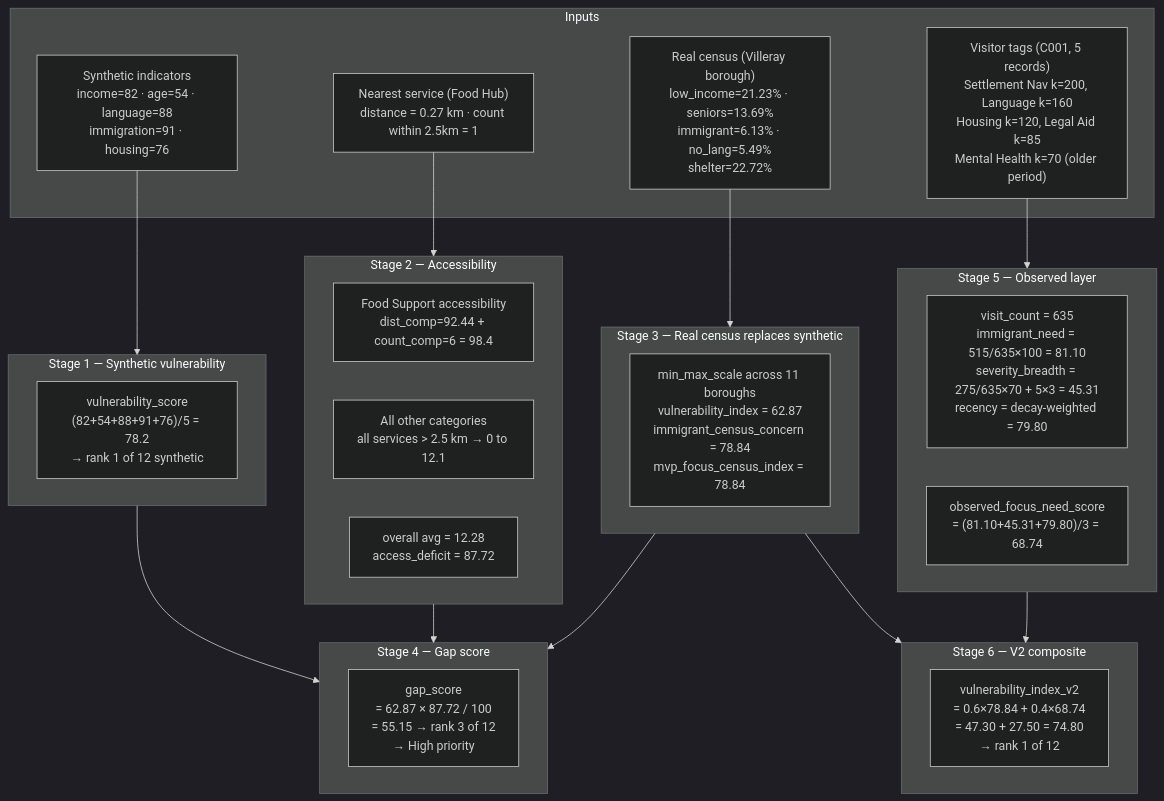
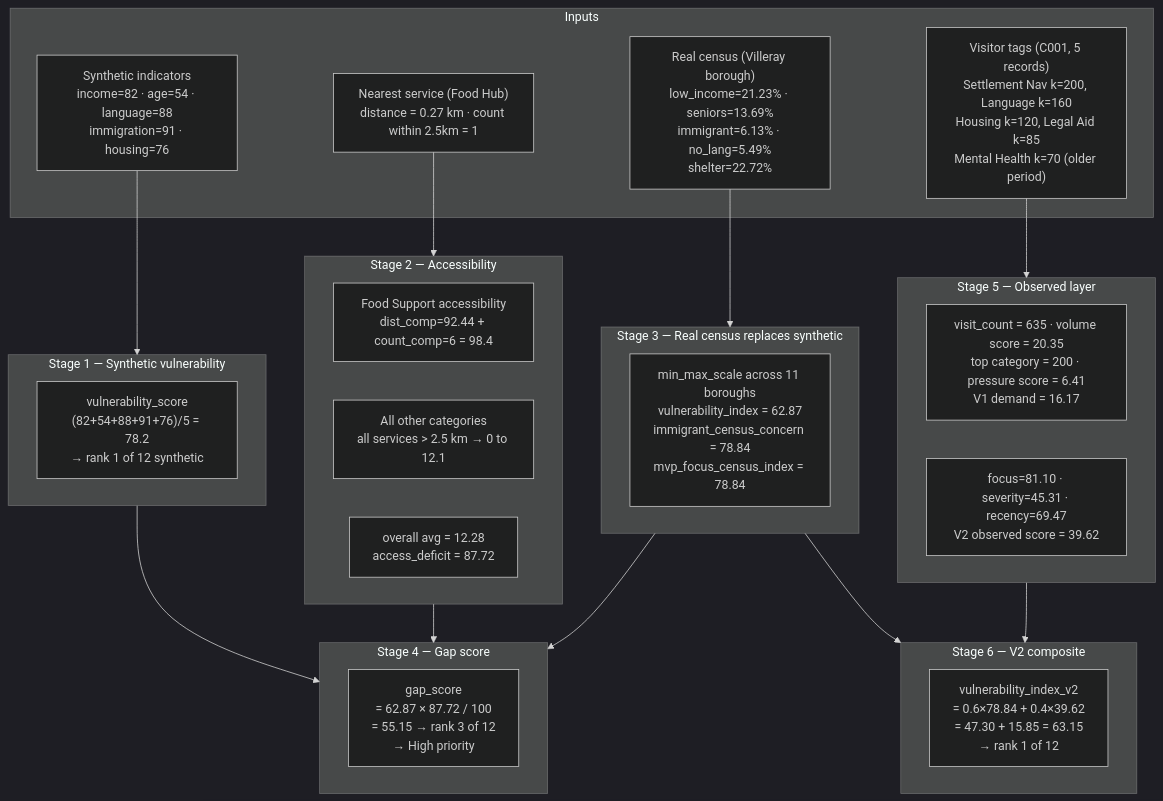
Before and after one commit to frondyff/comm_need_radar: the eighth of 8 diagrams in docs/scoring-metrics-guide.md, drawn with Mermaid (dark theme). The commit also changed other lines of this file and 13 other files, not shown here.

````diff
--- a/docs/scoring-metrics-guide.md
+++ b/docs/scoring-metrics-guide.md
@@ -443,46 +462,46 @@
 ```mermaid
 flowchart TD
     subgraph INPUT["Inputs"]
         IND["Synthetic indicators\nincome=82 · age=54 · language=88\nimmigration=91 · housing=76"]
         CEN["Real census (Villeray borough)\nlow_income=21.23% · seniors=13.69%\nimmigrant=6.13% · no_lang=5.49%\nshelter=22.72%"]
         SVC["Nearest service (Food Hub)\ndistance = 0.27 km · count within 2.5km = 1"]
         VIS["Visitor tags (C001, 5 records)\nSettlement Nav k=200, Language k=160\nHousing k=120, Legal Aid k=85\nMental Health k=70 (older period)"]
     end
 
     subgraph STAGE1["Stage 1 — Synthetic vulnerability"]
         VS1["vulnerability_score\n(82+54+88+91+76)/5 = 78.2\n→ rank 1 of 12 synthetic"]
     end
 
     subgraph STAGE2["Stage 2 — Accessibility"]
         AS1["Food Support accessibility\ndist_comp=92.44 + count_comp=6 = 98.4"]
         AS2["All other categories\nall services > 2.5 km → 0 to 12.1"]
         AVG1["overall avg = 12.28\naccess_deficit = 87.72"]
     end
 
     subgraph STAGE3["Stage 3 — Real census replaces synthetic"]
         VI1["min_max_scale across 11 boroughs\nvulnerability_index = 62.87\nimmigrant_census_concern = 78.84\nmvp_focus_census_index = 78.84"]
     end
 
     subgraph STAGE4["Stage 4 — Gap score"]
         GS1["gap_score\n= 62.87 × 87.72 / 100\n= 55.15 → rank 3 of 12\n→ High priority"]
     end
 
     subgraph STAGE5["Stage 5 — Observed layer"]
-        OB1["visit_count = 635\nimmigrant_need = 515/635×100 = 81.10\nseverity_breadth = 275/635×70 + 5×3 = 45.31\nrecency = decay-weighted = 79.80"]
-        OB2["observed_focus_need_score\n= (81.10+45.31+79.80)/3 = 68.74"]
+        OB1["visit_count = 635 · volume score = 20.35\ntop category = 200 · pressure score = 6.41\nV1 demand = 16.17"]
+        OB2["focus=81.10 · severity=45.31 · recency=69.47\nV2 observed score = 39.62"]
     end
 
     subgraph STAGE6["Stage 6 — V2 composite"]
-        V21["vulnerability_index_v2\n= 0.6×78.84 + 0.4×68.74\n= 47.30 + 27.50 = 74.80\n→ rank 1 of 12"]
+        V21["vulnerability_index_v2\n= 0.6×78.84 + 0.4×39.62\n= 47.30 + 15.85 = 63.15\n→ rank 1 of 12"]
     end
 
     IND --> STAGE1
     CEN --> STAGE3
     SVC --> STAGE2
     VIS --> STAGE5
     STAGE1 --> STAGE4
     STAGE2 --> STAGE4
     STAGE3 --> STAGE4
     STAGE3 --> STAGE6
     STAGE5 --> STAGE6
 ```
````
